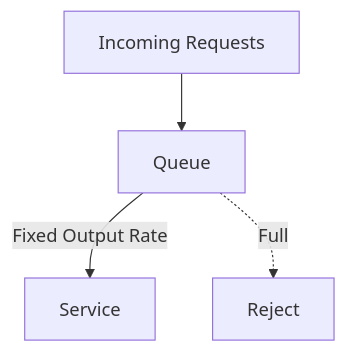
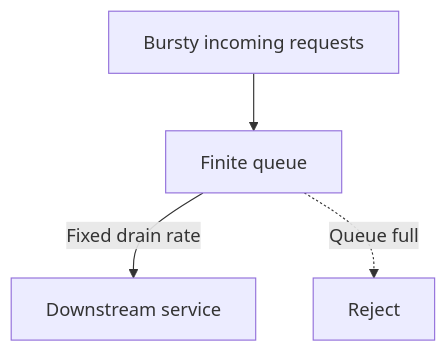
One commit to shivi11sep/scalable-system-design changed diagram 11 of 12 in 01-fundamentals/ratelimiter.md. Above: the diagram before and after it, drawn with Mermaid. The commit also changed other lines of this file, not shown here.

Commit message:
rate limiter

````diff
--- a/01-fundamentals/ratelimiter.md
+++ b/01-fundamentals/ratelimiter.md
@@ -489,6 +579,6 @@
 ```mermaid
 flowchart TD
-    I[Incoming Requests] --> Q[Queue]
-    Q -->|Fixed Output Rate| S[Service]
-    Q -. Full .-> R[Reject]
+    I[Bursty incoming requests] --> Q[Finite queue]
+    Q -->|Fixed drain rate| S[Downstream service]
+    Q -. Queue full .-> R[Reject]
 ```
````
